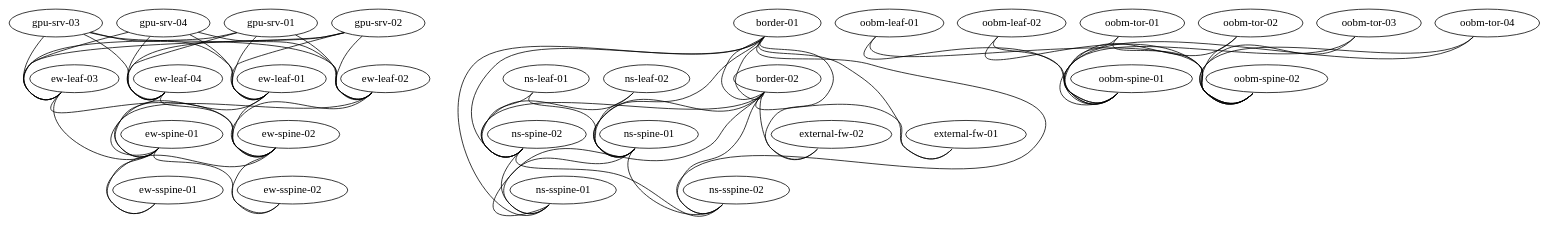
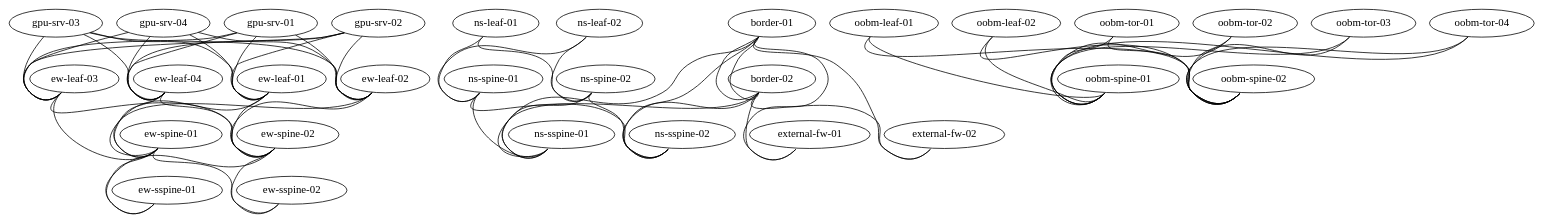
One commit to aliaydemir/lldpq-src-edt changed the diagram in lldpq/topology.dot. Above: the diagram before and after it, drawn with Graphviz. The commit also changed 1 other file, not shown here.

```diff
--- a/lldpq/topology.dot
+++ b/lldpq/topology.dot
@@ -1,113 +1,109 @@
 /*
  * Copyright (c) 2024 LLDPq Project
  * Licensed under MIT License - see LICENSE file for details
  *
  * =============================================================================
  * TOPOLOGY.DOT - LLDPq Expected Network Topology Definition
  * =============================================================================
  *
  * PURPOSE:
  *   This file defines the expected/designed network topology connections.
  *   Used by generate_topology.py and generate_topology_full.py to validate
  *   actual LLDP-discovered connections against the intended network design.
  *
  * FORMAT:
  *   GraphViz DOT format - defines network connections as graph edges
  *   "DeviceA":"InterfaceX" -- "DeviceB":"InterfaceY"
  *
  * SYNTAX:
  *   graph "NETWORK_NAME" {
  *     "Hostname1":"Interface1" -- "Hostname2":"Interface2"
  *     "Leaf01":"swp49" -- "Spine01":"swp1"
  *   }
  *
  * VALIDATION LOGIC:
  *   - LLDP matches DOT: connection is correct
  *   - LLDP missing from DOT: unexpected connection found
  *   - DOT missing from LLDP: expected connection not found (missing cable)
  *
  * MAINTENANCE:
  *   - Add new connections when cables are installed
  *   - Remove connections when cables are removed
  *   - Update when devices/interfaces are renamed
  *   - Keep synchronized with physical network changes
  *
  * NOTE:
  *   Hostnames must match those in devices.yaml and assets.ini for proper
  *   correlation. Interface names must match actual device interface naming.
  *
  *   A link is only checked when both of its endpoints are known devices, so
  *   ports facing equipment outside the fabric are best left out entirely.
  *   Devices that are not monitored but should still be validated belong in
  *   endpoint_hosts in devices.yaml.
  *
  * =============================================================================
  */
 
 graph "cl-auto-17" {
 
 # ---- fabric cabling ----
 "ew-leaf-01":"swp1"  --  "ew-spine-01":"swp1"
 "ew-leaf-01":"swp2"  --  "ew-spine-02":"swp1"
 "ew-leaf-02":"swp1"  --  "ew-spine-01":"swp2"
 "ew-leaf-02":"swp2"  --  "ew-spine-02":"swp2"
 "ew-leaf-03":"swp1"  --  "ew-spine-01":"swp5"
 "ew-leaf-03":"swp2"  --  "ew-spine-02":"swp5"
 "ew-leaf-04":"swp1"  --  "ew-spine-01":"swp6"
 "ew-leaf-04":"swp2"  --  "ew-spine-02":"swp6"
 "ew-spine-01":"swp3"  --  "ew-sspine-01":"swp1"
 "ew-spine-01":"swp4"  --  "ew-sspine-02":"swp1"
 "ew-spine-02":"swp3"  --  "ew-sspine-01":"swp2"
 "ew-spine-02":"swp4"  --  "ew-sspine-02":"swp2"
 "gpu-srv-01":"eth1"  --  "ew-leaf-01":"swp10"
 "gpu-srv-01":"eth2"  --  "ew-leaf-02":"swp10"
 "gpu-srv-01":"eth3"  --  "ew-leaf-03":"swp10"
 "gpu-srv-01":"eth4"  --  "ew-leaf-04":"swp10"
 "gpu-srv-02":"eth1"  --  "ew-leaf-01":"swp11"
 "gpu-srv-02":"eth2"  --  "ew-leaf-02":"swp11"
 "gpu-srv-02":"eth3"  --  "ew-leaf-03":"swp11"
 "gpu-srv-02":"eth4"  --  "ew-leaf-04":"swp11"
 "gpu-srv-03":"eth1"  --  "ew-leaf-01":"swp12"
 "gpu-srv-03":"eth2"  --  "ew-leaf-02":"swp12"
 "gpu-srv-03":"eth3"  --  "ew-leaf-03":"swp12"
 "gpu-srv-03":"eth4"  --  "ew-leaf-04":"swp12"
 "gpu-srv-04":"eth1"  --  "ew-leaf-01":"swp13"
 "gpu-srv-04":"eth2"  --  "ew-leaf-02":"swp13"
 "gpu-srv-04":"eth3"  --  "ew-leaf-03":"swp13"
 "gpu-srv-04":"eth4"  --  "ew-leaf-04":"swp13"
 "ns-leaf-01":"swp41s0"  --  "ns-spine-01":"swp1s0"
 "ns-leaf-01":"swp42s0"  --  "ns-spine-02":"swp1s0"
 "ns-leaf-02":"swp41s0"  --  "ns-spine-01":"swp1s1"
 "ns-leaf-02":"swp42s0"  --  "ns-spine-02":"swp1s1"
-"border-01":"swp1"  --  "ns-spine-01":"swp2s0"
-"border-01":"swp2"  --  "ns-spine-02":"swp2s0"
-"border-02":"swp1"  --  "ns-spine-01":"swp2s1"
-"border-02":"swp2"  --  "ns-spine-02":"swp2s1"
 "ns-spine-01":"swp3s0"  --  "ns-sspine-01":"swp1s0"
 "ns-spine-01":"swp3s1"  --  "ns-sspine-02":"swp1s0"
 "ns-spine-02":"swp3s0"  --  "ns-sspine-01":"swp1s1"
 "ns-spine-02":"swp3s1"  --  "ns-sspine-02":"swp1s1"
 "border-01":"swp5"  --  "ns-sspine-01":"swp2s0"
 "border-01":"swp6"  --  "ns-sspine-02":"swp2s0"
 "border-02":"swp5"  --  "ns-sspine-01":"swp2s1"
 "border-02":"swp6"  --  "ns-sspine-02":"swp2s1"
 "border-01":"swp31"  --  "border-02":"swp31"
 "border-01":"swp32"  --  "border-02":"swp32"
 "border-01":"swp10"  --  "external-fw-01":"swp1"
 "border-02":"swp10"  --  "external-fw-01":"swp2"
 "border-01":"swp11"  --  "external-fw-02":"swp1"
 "border-02":"swp11"  --  "external-fw-02":"swp2"
 "oobm-leaf-01":"swp49"  --  "oobm-spine-01":"swp1s0"
 "oobm-leaf-01":"swp51"  --  "oobm-spine-02":"swp1s0"
 "oobm-leaf-02":"swp49"  --  "oobm-spine-01":"swp1s1"
 "oobm-leaf-02":"swp51"  --  "oobm-spine-02":"swp1s1"
 "oobm-tor-01":"swp49"  --  "oobm-spine-01":"swp2s0"
 "oobm-tor-01":"swp51"  --  "oobm-spine-02":"swp2s0"
 "oobm-tor-02":"swp49"  --  "oobm-spine-01":"swp2s1"
 "oobm-tor-02":"swp51"  --  "oobm-spine-02":"swp2s1"
 "oobm-tor-03":"swp49"  --  "oobm-spine-01":"swp3s0"
 "oobm-tor-03":"swp51"  --  "oobm-spine-02":"swp3s0"
 "oobm-tor-04":"swp49"  --  "oobm-spine-01":"swp3s1"
 "oobm-tor-04":"swp51"  --  "oobm-spine-02":"swp3s1"
 
 }
```
